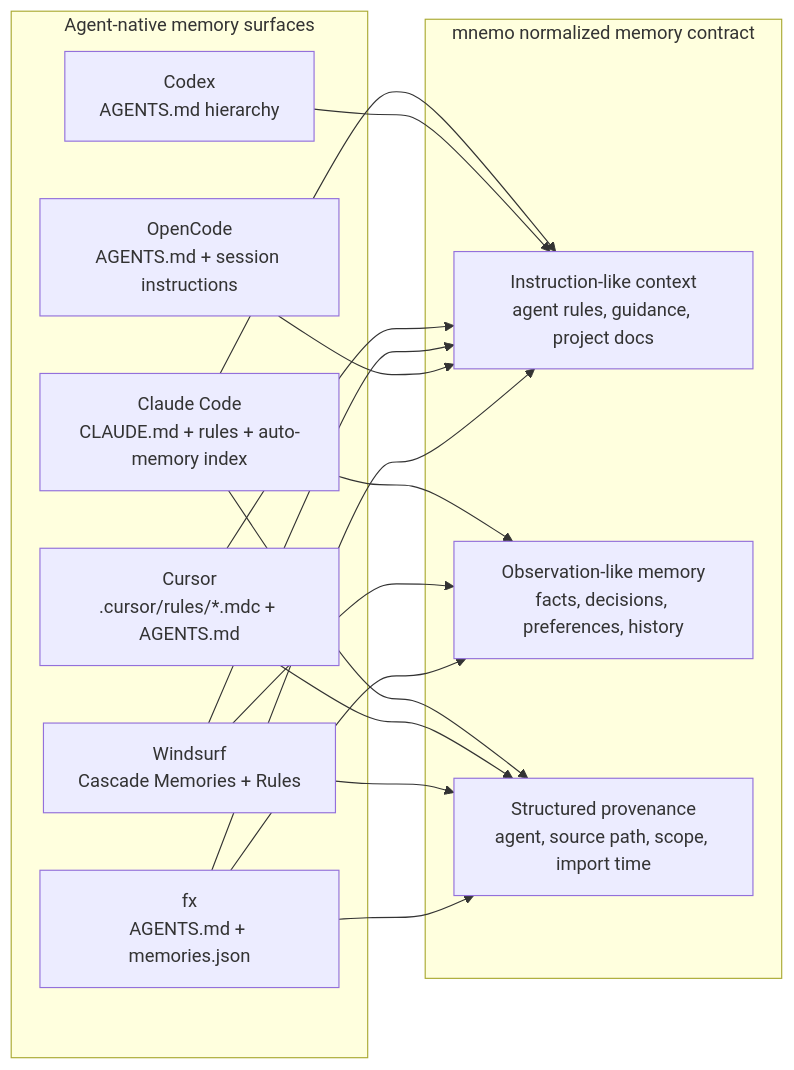
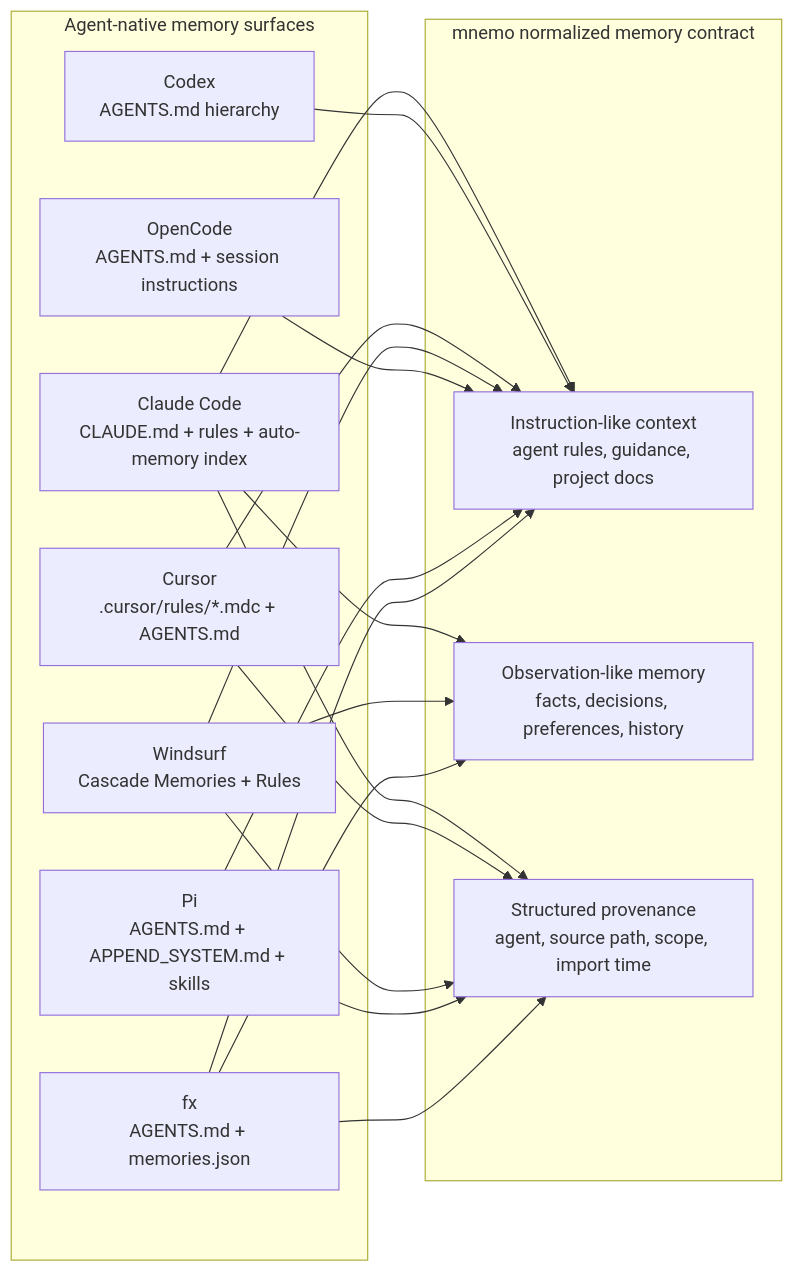
Before and after one commit to jmeiracorbal/mnemo: the diagram in docs/memories/README.md, drawn with Mermaid. The commit also changed other lines of this file and 27 other files, not shown here.

````diff
--- a/docs/memories/README.md
+++ b/docs/memories/README.md
@@ -29,31 +30,34 @@
 ```mermaid
 flowchart LR
     subgraph AgentSurfaces[Agent-native memory surfaces]
         Claude[Claude Code<br/>CLAUDE.md + rules + auto-memory index]
         Codex[Codex<br/>AGENTS.md hierarchy]
         Cursor[Cursor<br/>.cursor/rules/*.mdc + AGENTS.md]
         Windsurf[Windsurf<br/>Cascade Memories + Rules]
         OpenCode[OpenCode<br/>AGENTS.md + session instructions]
+        Pi[Pi<br/>AGENTS.md + APPEND_SYSTEM.md + skills]
         FX[fx<br/>AGENTS.md + memories.json]
     end
 
     subgraph NormalizedMnemo[mnemo normalized memory contract]
         Instructions[Instruction-like context<br/>agent rules, guidance, project docs]
         Observations[Observation-like memory<br/>facts, decisions, preferences, history]
         Provenance[Structured provenance<br/>agent, source path, scope, import time]
     end
 
     Claude --> Instructions
     Claude --> Observations
     Claude --> Provenance
     Codex --> Instructions
     Cursor --> Instructions
     Cursor --> Provenance
     Windsurf --> Instructions
     Windsurf --> Observations
     Windsurf --> Provenance
     OpenCode --> Instructions
+    Pi --> Instructions
+    Pi --> Provenance
     FX --> Instructions
     FX --> Observations
     FX --> Provenance
 ```
````
